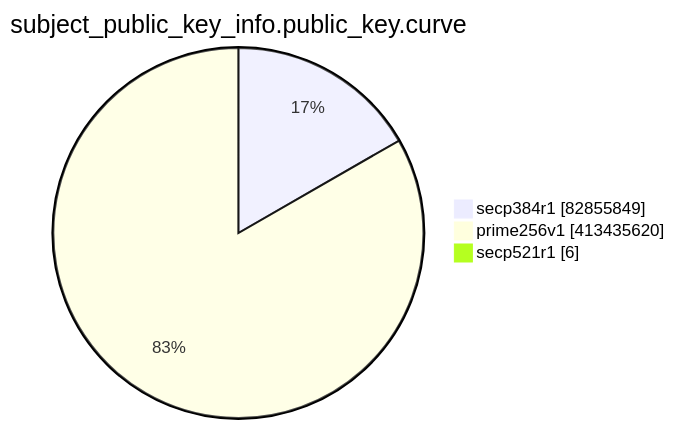
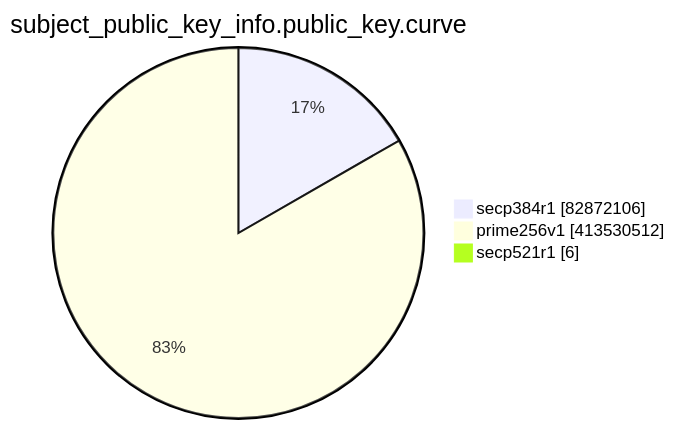
The eighth of 15 diagrams in TOTAL/README.md (christiankrug/ctmonitor_visualization), drawn with Mermaid before and after one commit. The commit also changed other lines of this file, not shown here.

````diff
--- a/TOTAL/README.md
+++ b/TOTAL/README.md
@@ -3098,7 +3098,7 @@
 ```mermaid
 pie showData
 title subject_public_key_info.public_key.curve
-"secp384r1" :82855849
-"prime256v1" :413435620
+"secp384r1" :82872106
+"prime256v1" :413530512
 "secp521r1" :6
 ```
````
